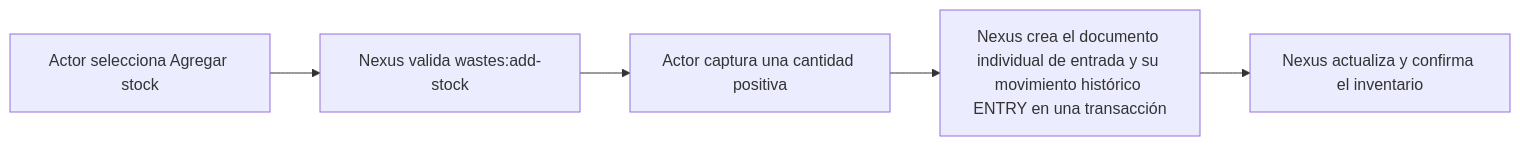
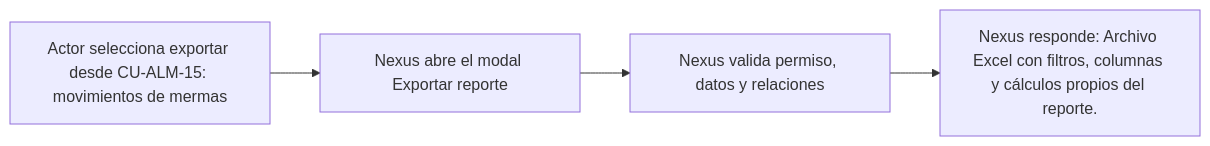
One commit to gpgsistemas01/nexus changed the diagram in docs/requirements/diagrams/catalogs/cu-alm-16.md. Above: the diagram before and after it, drawn with Mermaid. The commit also changed other lines of this file and 51 other files, not shown here.

````diff
--- a/docs/requirements/diagrams/catalogs/cu-alm-16.md
+++ b/docs/requirements/diagrams/catalogs/cu-alm-16.md
@@ -3,7 +3,7 @@
 ```mermaid
 flowchart LR
-    request["Actor selecciona Agregar stock"] --> authorize["Nexus valida wastes:add-stock"]
-    authorize --> quantity["Actor captura una cantidad positiva"]
-    quantity --> transaction["Nexus crea el documento individual de entrada y su movimiento histórico ENTRY en una transacción"]
-    transaction --> result["Nexus actualiza y confirma el inventario"]
+    accTitle: CU-ALM-16 — Generar reporte de movimientos de mermas
+    request["Actor selecciona exportar desde CU-ALM-15: movimientos de mermas"] --> modal["Nexus abre el modal Exportar reporte"]
+    modal --> validate["Nexus valida permiso, datos y relaciones"]
+    validate --> result["Nexus responde: Archivo Excel con filtros, columnas y cálculos propios del reporte."]
 ```
````
